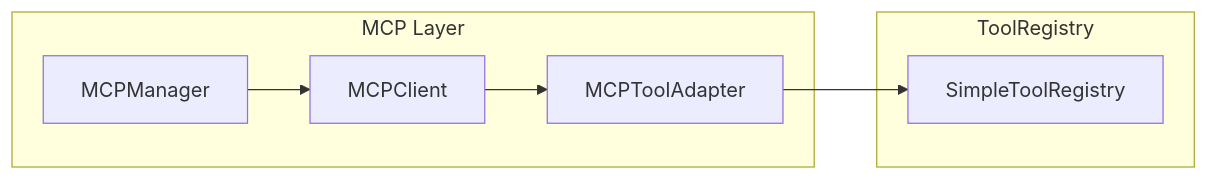
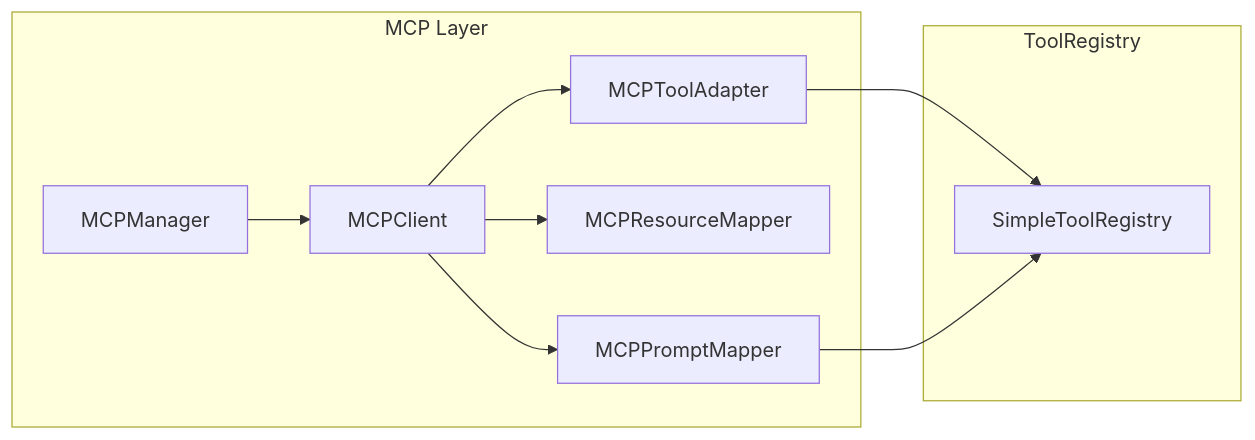
The fourth of 4 diagrams in codelab/README.md (pese-git/codelab-agent), drawn with Mermaid before and after one commit. The commit also changed other lines of this file and 9 other files, not shown here.

````diff
--- a/codelab/README.md
+++ b/codelab/README.md
@@ -535,16 +553,21 @@
 ```mermaid
 graph LR
     subgraph MCP["MCP Layer"]
         MM[MCPManager]
         MC[MCPClient]
         MT[MCPToolAdapter]
+        MR[MCPResourceMapper]
+        MP[MCPPromptMapper]
     end
     
     subgraph Tools["ToolRegistry"]
         TR[SimpleToolRegistry]
     end
     
     MM --> MC
     MC --> MT
+    MC --> MR
+    MC --> MP
     MT --> TR
+    MP --> TR
 ```
````
